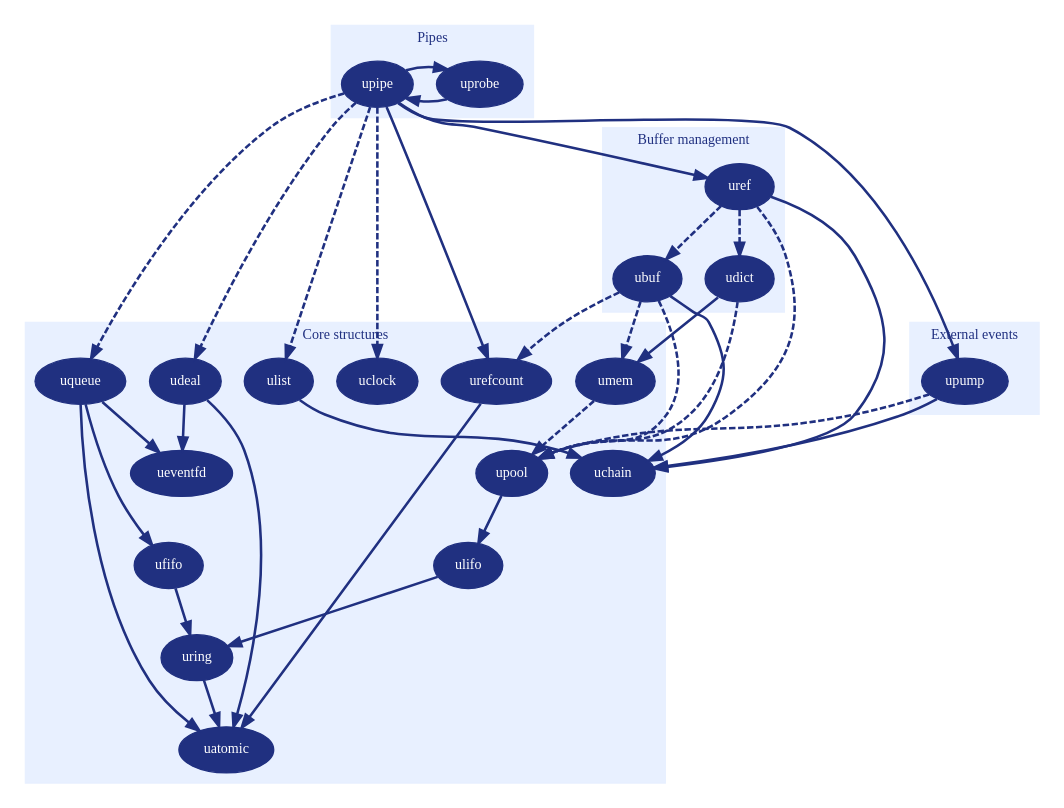
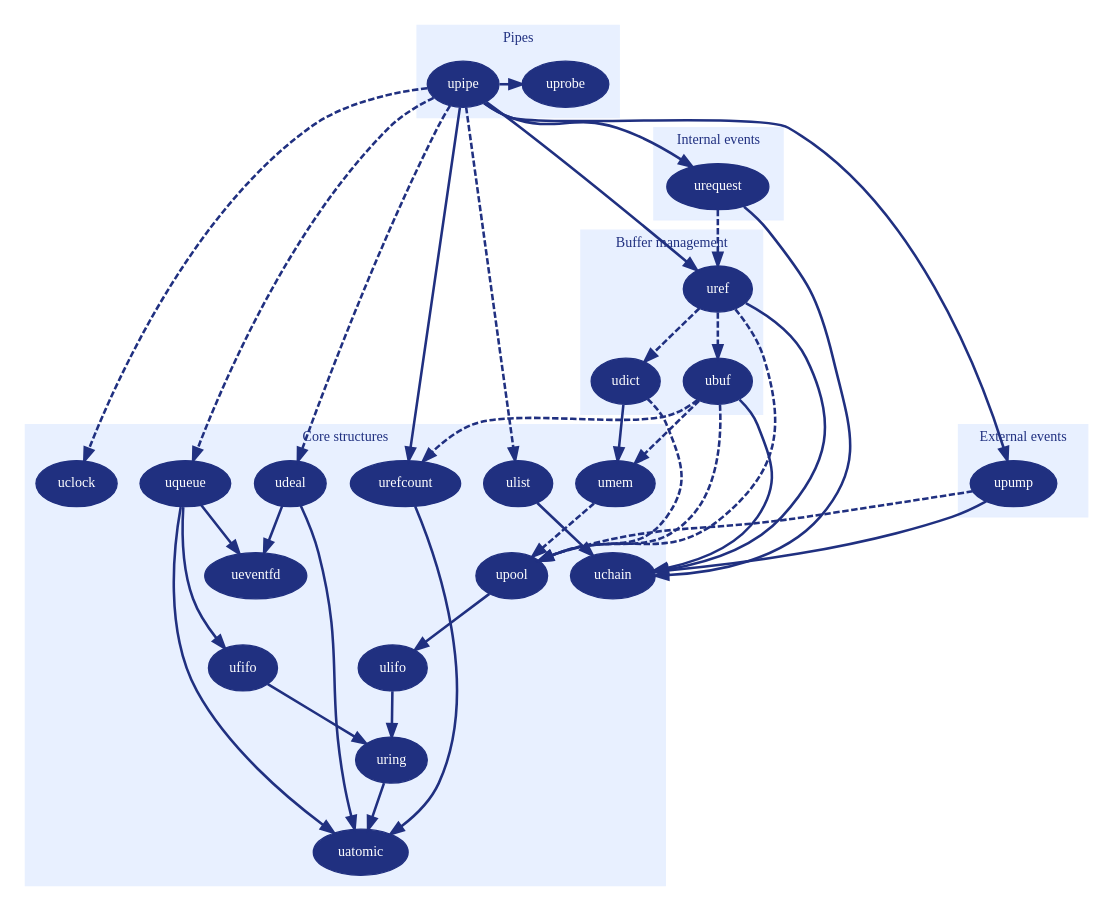
One commit to Upipe/upipe changed the diagram in doc/dependancies.dot. Above: the diagram before and after it, drawn with Graphviz. The commit also changed 204 other files, not shown here.

```diff
--- a/doc/dependancies.dot
+++ b/doc/dependancies.dot
@@ -1,108 +1,121 @@
 digraph "Upipe objects dependancies" {
 	graph [bgcolor="#00000000"];
 	edge [penwidth=2, color="#203080"];
 	node [shape="oval", style="filled", fontname="Verdana Black", fontsize=11, fontcolor="white", color="#203080", fillcolor="#203080"];
 
 	subgraph cluster_pipes {
 		color="#E8F0FF";
 		style="filled";
 		label="Pipes";
 		fontname="Verdana Black";
 		fontsize=11;
 		fontcolor="#203080";
 		subgraph {
 			rank = source;
 			uprobe;
 			upipe;
 		}
 	}
 
 	subgraph cluster_pumps {
 		color="#E8F0FF";
 		style="filled";
 		label="External events";
 		fontname="Verdana Black";
 		fontsize=11;
 		fontcolor="#203080";
 		upump;
+	}
+
+	subgraph cluster_requests {
+		color="#E8F0FF";
+		style="filled";
+		label="Internal events";
+		fontname="Verdana Black";
+		fontsize=11;
+		fontcolor="#203080";
+		urequest;
 	}
 
 	subgraph cluster_buffers {
 		color="#E8F0FF";
 		style="filled";
 		label="Buffer management";
 		fontname="Verdana Black";
 		fontsize=11;
 		fontcolor="#203080";
 		ubuf;
 		uref;
 		udict;
 	}
 
 	subgraph cluster_core {
 		color="#E8F0FF";
 		style="filled";
 		label="Core structures";
 		fontname="Verdana Black";
 		fontsize=11;
 		fontcolor="#203080";
 		subgraph {
 			rank = same;
 			uclock;
 			ulist;
 			uqueue;
 			urefcount;
 			umem;
 		}
 		uchain;
 		uatomic;
 		uring;
 		upool;
 		ulifo;
 		ufifo;
 		udeal;
 		ueventfd;
 	}
 
 	uref->ubuf [style="dashed"];
 	uref->udict [style="dashed"];
 	uref->uchain;
 
 	ubuf->uchain;
 	ubuf->umem [style="dashed"];
 	ubuf->urefcount [style="dashed"];
 
 	udict->umem;
 
 	uref->upool [style="dashed"];
 	ubuf->upool [style="dashed"];
 	udict->upool [style="dashed"];
 	upump->upool [style="dashed"];
 	umem->upool [style="dashed"];
 	upool->ulifo;
 
 	udeal->uatomic;
 	udeal->ueventfd;
 	urefcount->uatomic;
 
 	ufifo->uring;
 	ulifo->uring;
 	uring->uatomic;
 	uqueue->ufifo;
 	uqueue->uatomic;
 	uqueue->ueventfd;
 
 	ulist->uchain;
 
-	uprobe->upipe;
 	upipe->uprobe;
 	upipe->uref;
 	upipe->urefcount;
 	upipe->upump;
+	upipe->urequest;
 	upipe->uclock [style="dashed"];
 	upipe->udeal [style="dashed"];
 	upipe->uqueue [style="dashed"];
 	upipe->ulist [style="dashed"];
 
 	upump->uchain;
+
+	urequest->uchain;
+	urequest->uref [style="dashed"];
 }
```
